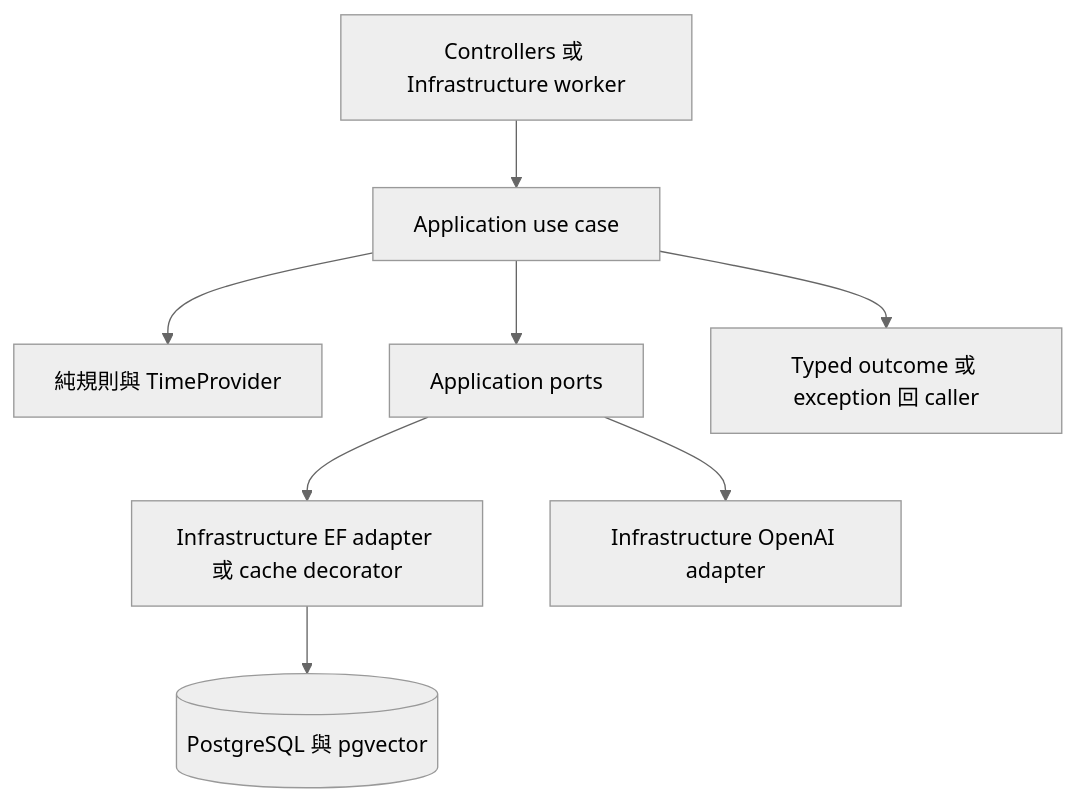
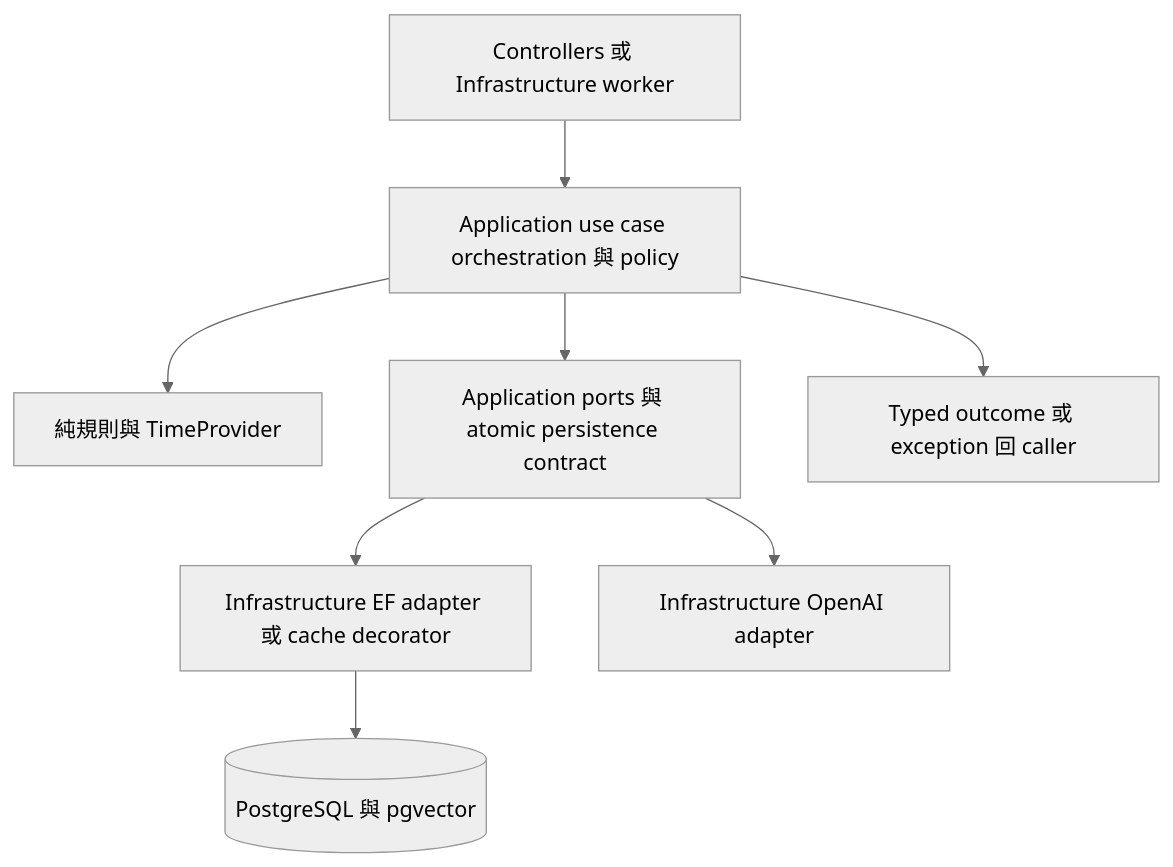
Before and after one commit to Arthur801/Book-Finder: the first of 7 diagrams in Application/docs/workflow-diagram.md, drawn with Mermaid (neutral theme). The commit also changed other lines of this file and 3 other files, not shown here.

Commit message:
docs: clarify application transaction policy and catalog ownership

````diff
--- a/Application/docs/workflow-diagram.md
+++ b/Application/docs/workflow-diagram.md
@@ -17,10 +17,10 @@
 ```mermaid
 flowchart TD
-  C[Controllers 或 Infrastructure worker] --> A[Application use case]
+  C[Controllers 或 Infrastructure worker] --> A[Application use case orchestration 與 policy]
   A --> R[純規則與 TimeProvider]
-  A --> P[Application ports]
+  A --> P[Application ports 與 atomic persistence contract]
   P --> EF[Infrastructure EF adapter 或 cache decorator]
   EF --> DB[(PostgreSQL 與 pgvector)]
   P --> AI[Infrastructure OpenAI adapter]
   A --> OUT[Typed outcome 或 exception 回 caller]
 ```
````
